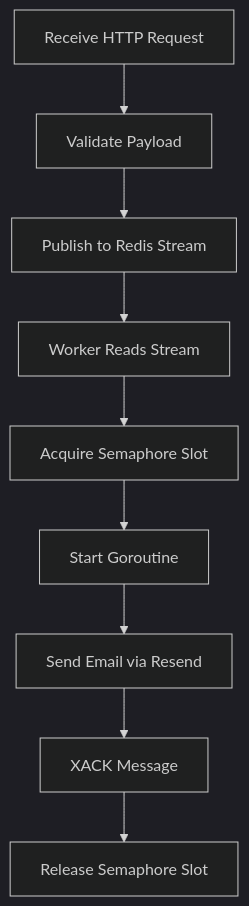
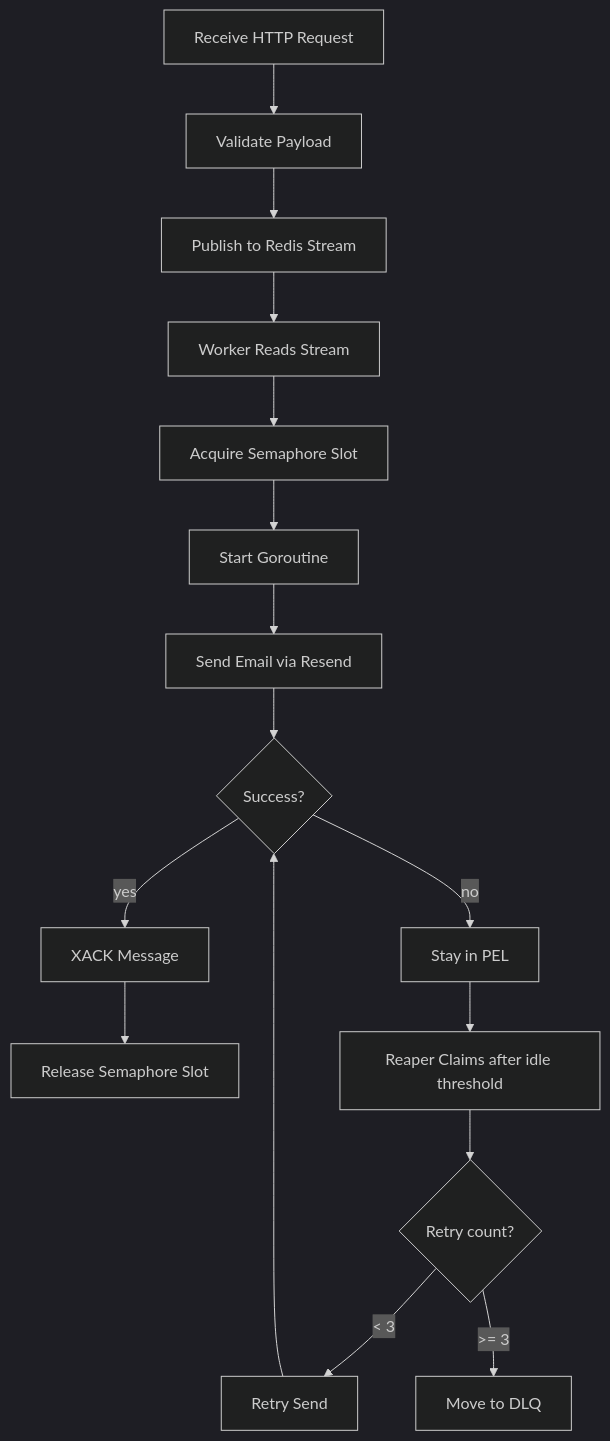
The second of 2 diagrams in README.md (Habeebamoo/intunel-backend), drawn with Mermaid (dark theme) before and after one commit. The commit also changed other lines of this file and 2 other files, not shown here.

Commit message:
feat: implemented retry mechanism with backoff and DLQ

````diff
--- a/README.md
+++ b/README.md
@@ -192,21 +240,34 @@
 ```mermaid
 flowchart TD
     Request["Receive HTTP Request"]
     Validate["Validate Payload"]
     Publish["Publish to Redis Stream"]
     Read["Worker Reads Stream"]
     Semaphore["Acquire Semaphore Slot"]
     Goroutine["Start Goroutine"]
     Send["Send Email via Resend"]
+    Success{"Success?"}
     Ack["XACK Message"]
     Release["Release Semaphore Slot"]
+    PEL["Stay in PEL"]
+    Reaper["Reaper Claims after idle threshold"]
+    RetryCount{"Retry count?"}
+    Retry["Retry Send"]
+    DLQ["Move to DLQ"]
 
     Request --> Validate
     Validate --> Publish
     Publish --> Read
     Read --> Semaphore
     Semaphore --> Goroutine
     Goroutine --> Send
-    Send --> Ack
+    Send --> Success
+    Success -- "yes" --> Ack
     Ack --> Release
+    Success -- "no" --> PEL
+    PEL --> Reaper
+    Reaper --> RetryCount
+    RetryCount -- "< 3" --> Retry
+    Retry --> Success
+    RetryCount -- ">= 3" --> DLQ
 ```
````
